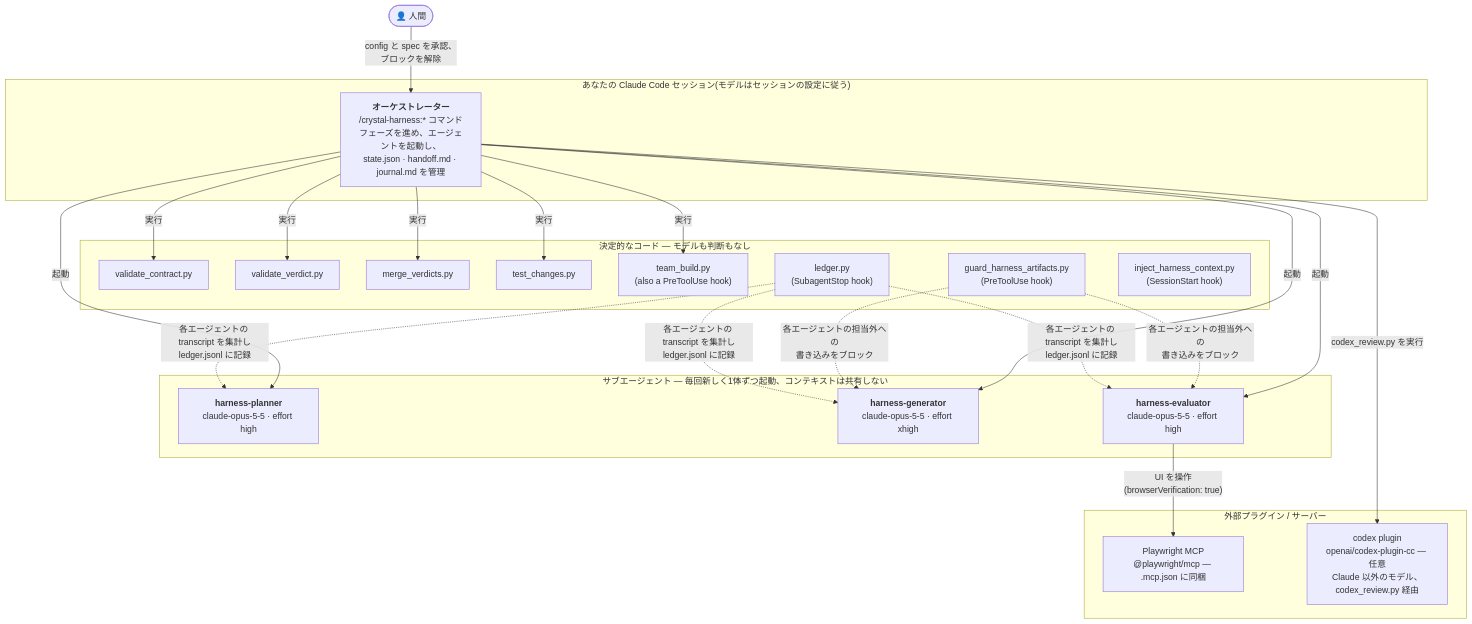
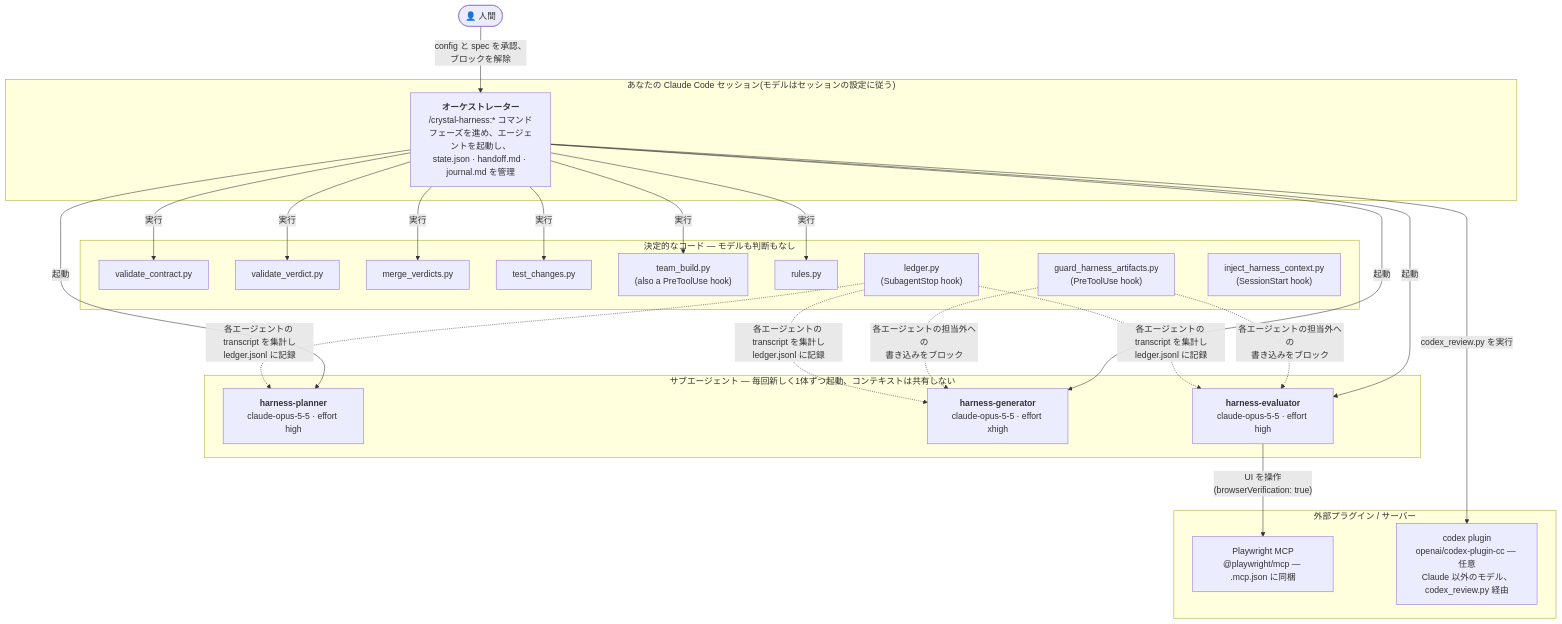
Before and after one commit to YukiTominaga/claude-harness: the first of 3 diagrams in README.ja.md, drawn with Mermaid. The commit also changed other lines of this file and 30 other files, not shown here.

````diff
--- a/README.ja.md
+++ b/README.ja.md
@@ -32,38 +32,39 @@
 ```mermaid
 flowchart TB
     human(["👤 人間"])
 
     subgraph session["あなたの Claude Code セッション(モデルはセッションの設定に従う)"]
         orch["<b>オーケストレーター</b><br/>/crystal-harness:* コマンド<br/>フェーズを進め、エージェントを起動し、<br/>state.json · handoff.md · journal.md を管理"]
     end
 
     subgraph agents["サブエージェント — 毎回新しく1体ずつ起動、コンテキストは共有しない"]
         planner["<b>harness-planner</b><br/>claude-opus-5-5 · effort high"]
         gen["<b>harness-generator</b><br/>claude-opus-5-5 · effort xhigh"]
         evalr["<b>harness-evaluator</b><br/>claude-opus-5-5 · effort high"]
     end
 
     subgraph det["決定的なコード — モデルも判断もなし"]
         vc["validate_contract.py"]
         vv["validate_verdict.py"]
         mv["merge_verdicts.py"]
         tc["test_changes.py"]
         tb["team_build.py<br/>(also a PreToolUse hook)"]
+        rl["rules.py"]
         led["ledger.py<br/>(SubagentStop hook)"]
         guard["guard_harness_artifacts.py<br/>(PreToolUse hook)"]
         inject["inject_harness_context.py<br/>(SessionStart hook)"]
     end
 
     subgraph ext["外部プラグイン / サーバー"]
         pw["Playwright MCP<br/>@playwright/mcp — .mcp.json に同梱"]
         codex["codex plugin<br/>openai/codex-plugin-cc — 任意<br/>Claude 以外のモデル、codex_review.py 経由"]
     end
 
     human -- "config と spec を承認、<br/>ブロックを解除" --> orch
     orch -- 起動 --> planner & gen & evalr
-    orch -- 実行 --> vc & vv & mv & tc & tb
+    orch -- 実行 --> vc & vv & mv & tc & tb & rl
     orch -- "codex_review.py を実行" --> codex
     evalr -- "UI を操作<br/>(browserVerification: true)" --> pw
     guard -. "各エージェントの担当外への<br/>書き込みをブロック" .-> gen & evalr
     led -. "各エージェントの transcript を集計し<br/>ledger.jsonl に記録" .-> planner & gen & evalr
 ```
````
